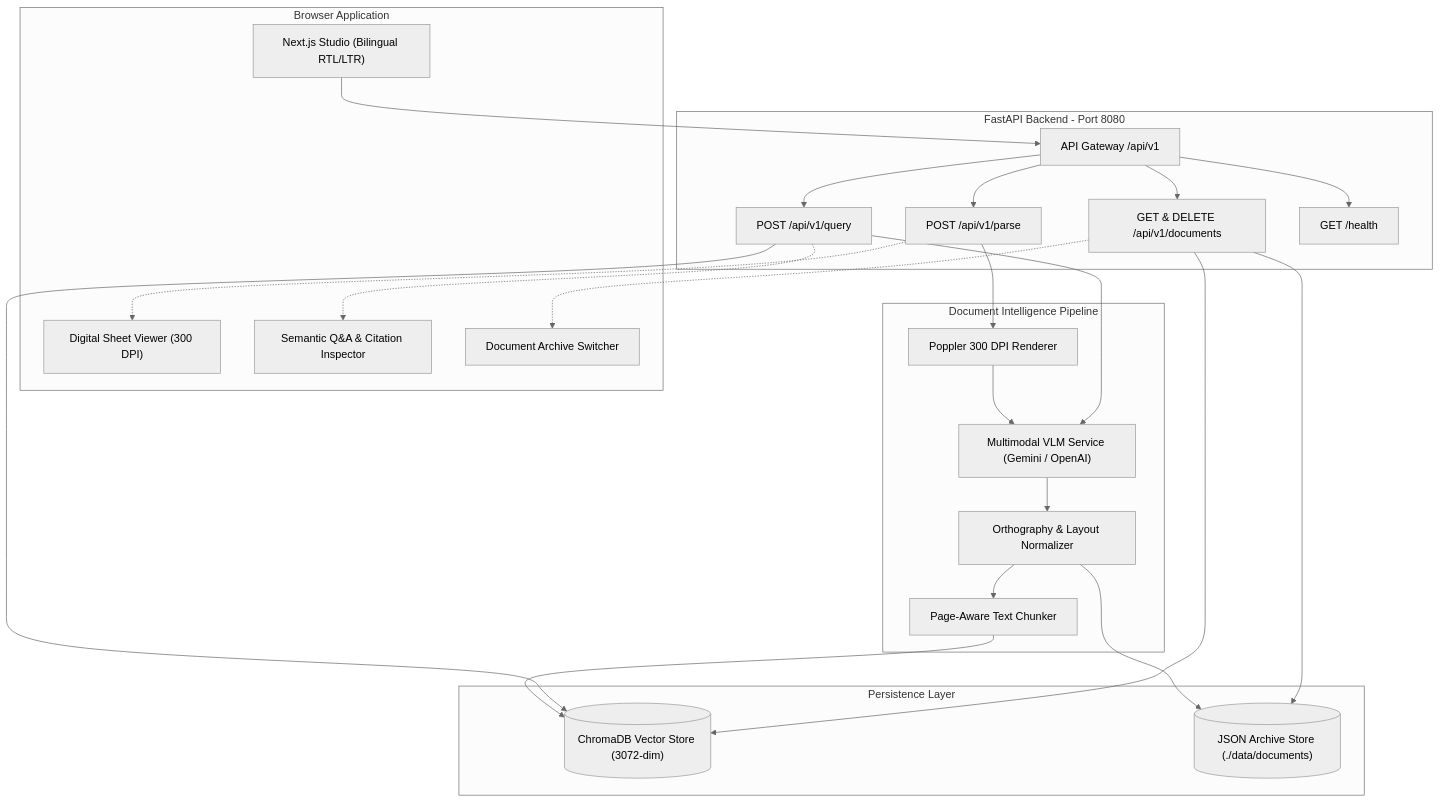
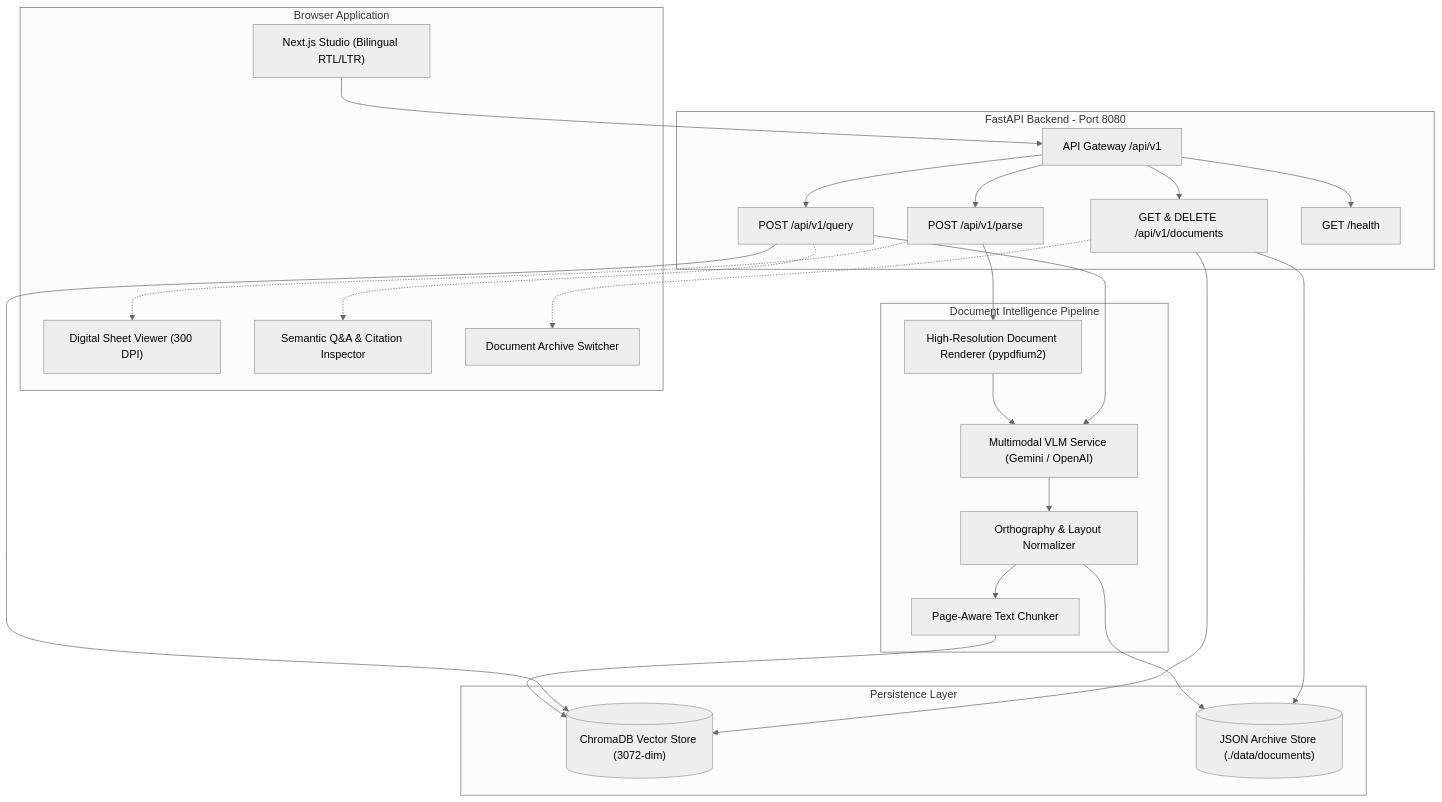
Before and after one commit to ahmadw13/kurd-doc-intel: the diagram in README.md, drawn with Mermaid (neutral theme). The commit also changed other lines of this file and 1 other file, not shown here.

Commit message:
fix: update documentation to remove Poppler references and replace with pypdfium2 for PDF rendering

````diff
--- a/README.md
+++ b/README.md
@@ -86,52 +86,52 @@
 ```mermaid
 flowchart TD
     subgraph Client [Browser Application]
         UI["Next.js Studio (Bilingual RTL/LTR)"]
         Viewer["Digital Sheet Viewer (300 DPI)"]
         Chat["Semantic Q&A & Citation Inspector"]
         ArchiveNav["Document Archive Switcher"]
     end
 
     subgraph API [FastAPI Backend - Port 8080]
         Router["API Gateway /api/v1"]
         ParseEP["POST /api/v1/parse"]
         QueryEP["POST /api/v1/query"]
         DocsEP["GET & DELETE /api/v1/documents"]
         HealthEP["GET /health"]
     end
 
     subgraph Pipeline [Document Intelligence Pipeline]
-        Renderer["Poppler 300 DPI Renderer"]
+        Renderer["High-Resolution Document Renderer (pypdfium2)"]
         Normalizer["Orthography & Layout Normalizer"]
         VLM["Multimodal VLM Service (Gemini / OpenAI)"]
         Chunker["Page-Aware Text Chunker"]
     end
 
     subgraph Storage [Persistence Layer]
         Chroma[("ChromaDB Vector Store (3072-dim)")]
         Disk[("JSON Archive Store (./data/documents)")]
     end
 
     UI --> Router
     Router --> ParseEP
     Router --> QueryEP
     Router --> DocsEP
     Router --> HealthEP
 
     ParseEP --> Renderer
     Renderer --> VLM
     VLM --> Normalizer
     Normalizer --> Chunker
     Normalizer --> Disk
     Chunker --> Chroma
 
     QueryEP --> Chroma
     QueryEP --> VLM
 
     DocsEP --> Disk
     DocsEP --> Chroma
 
     ParseEP -.-> Viewer
     QueryEP -.-> Chat
     DocsEP -.-> ArchiveNav
 ```
````
